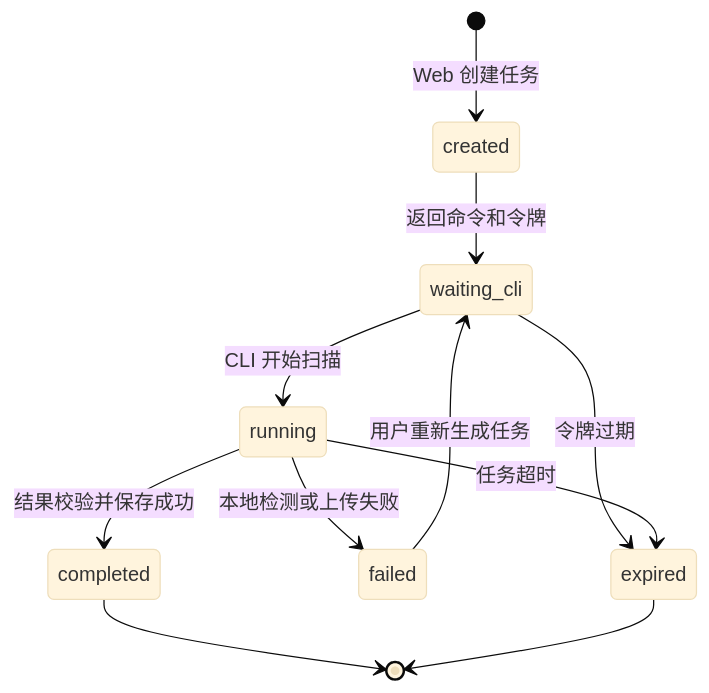
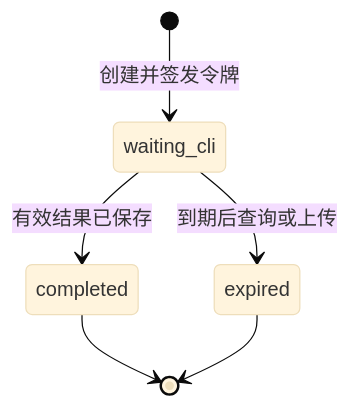
The second of 2 diagrams in docs/phases/01-project-scan/ticket-01-protocol.md (iamjeffwan/Lint), drawn with Mermaid (base theme) before and after one commit. The commit also changed other lines of this file and 13 other files, not shown here.

````diff
--- a/docs/phases/01-project-scan/ticket-01-protocol.md
+++ b/docs/phases/01-project-scan/ticket-01-protocol.md
@@ -87,13 +34,8 @@
 ```mermaid
 stateDiagram-v2
-    [*] --> created: Web 创建任务
-    created --> waiting_cli: 返回命令和令牌
-    waiting_cli --> running: CLI 开始扫描
-    running --> completed: 结果校验并保存成功
-    running --> failed: 本地检测或上传失败
-    waiting_cli --> expired: 令牌过期
-    running --> expired: 任务超时
-    failed --> waiting_cli: 用户重新生成任务
+    [*] --> waiting_cli: 创建并签发令牌
+    waiting_cli --> completed: 有效结果已保存
+    waiting_cli --> expired: 到期后查询或上传
     completed --> [*]
     expired --> [*]
 ```
````
